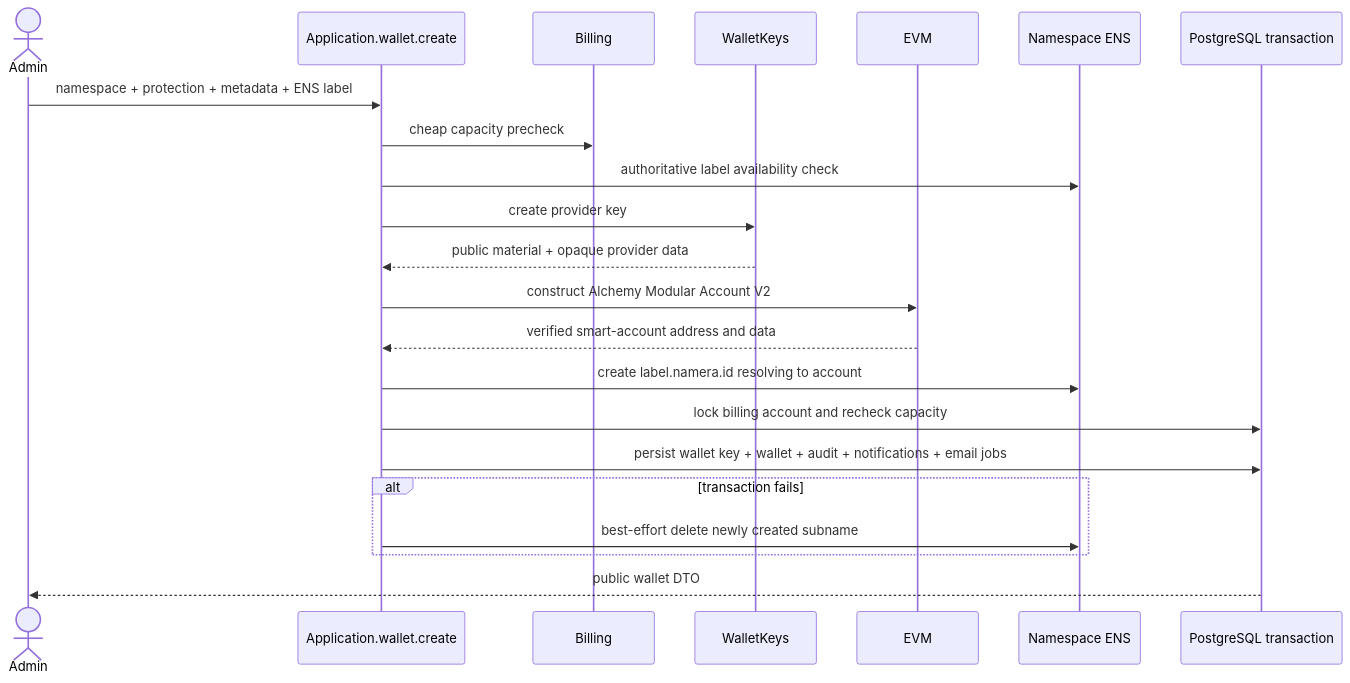
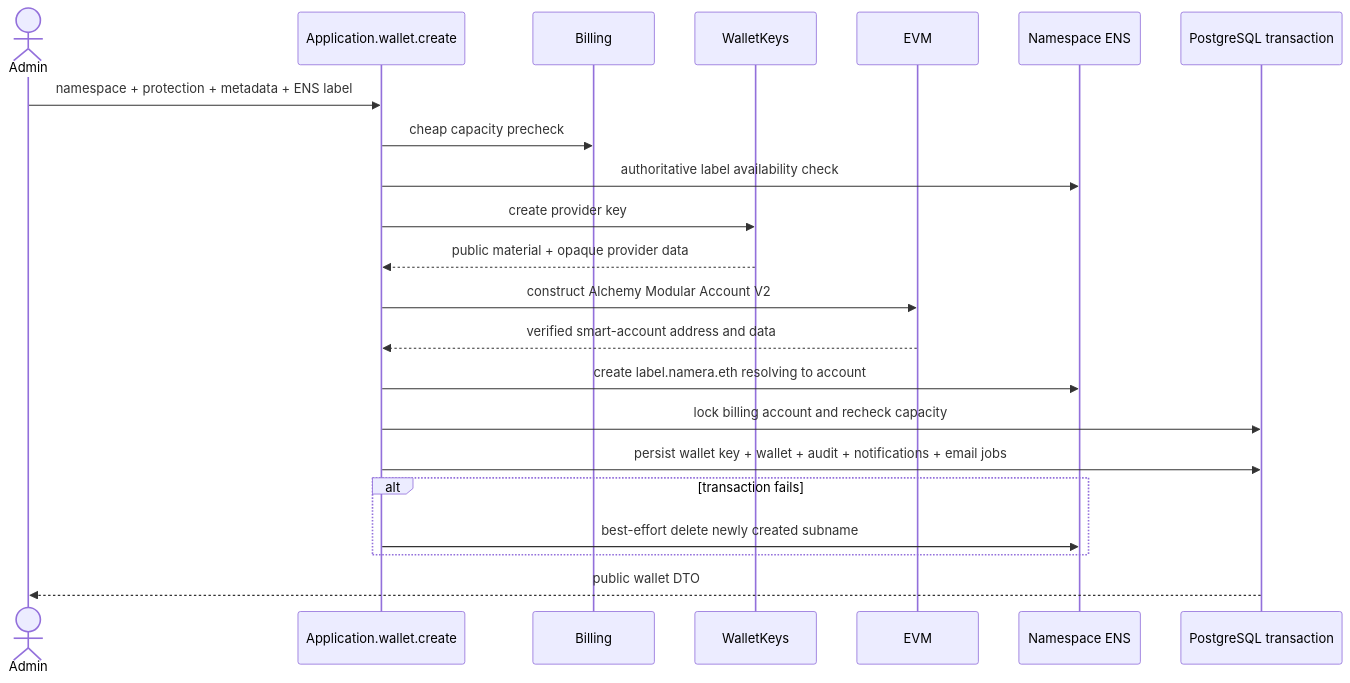
Before and after one commit to thenamespace/namera: the diagram in architecture/wallets/accounts.md, drawn with Mermaid. The commit also changed other lines of this file and 6 other files, not shown here.

Commit message:
fix(ens): update namera subname suffix

````diff
--- a/architecture/wallets/accounts.md
+++ b/architecture/wallets/accounts.md
@@ -18,25 +18,25 @@
 ```mermaid
 sequenceDiagram
   actor Admin
   participant App as Application.wallet.create
   participant Billing
   participant Keys as WalletKeys
   participant EVM
   participant ENS as Namespace ENS
   participant Tx as PostgreSQL transaction
 
   Admin->>App: namespace + protection + metadata + ENS label
   App->>Billing: cheap capacity precheck
   App->>ENS: authoritative label availability check
   App->>Keys: create provider key
   Keys-->>App: public material + opaque provider data
   App->>EVM: construct Alchemy Modular Account V2
   EVM-->>App: verified smart-account address and data
-  App->>ENS: create label.namera.id resolving to account
+  App->>ENS: create label.namera.eth resolving to account
   App->>Tx: lock billing account and recheck capacity
   App->>Tx: persist wallet key + wallet + audit + notifications + email jobs
   alt transaction fails
     App->>ENS: best-effort delete newly created subname
   end
   Tx-->>Admin: public wallet DTO
 ```
````
